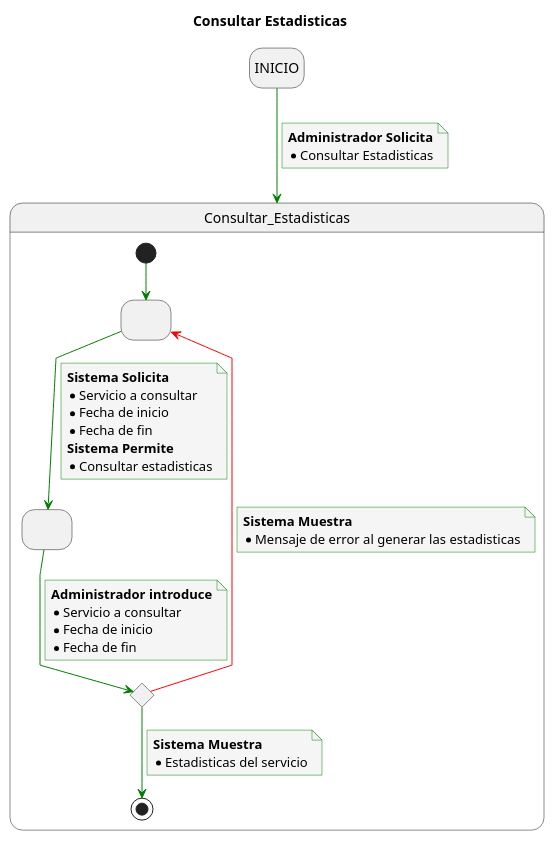
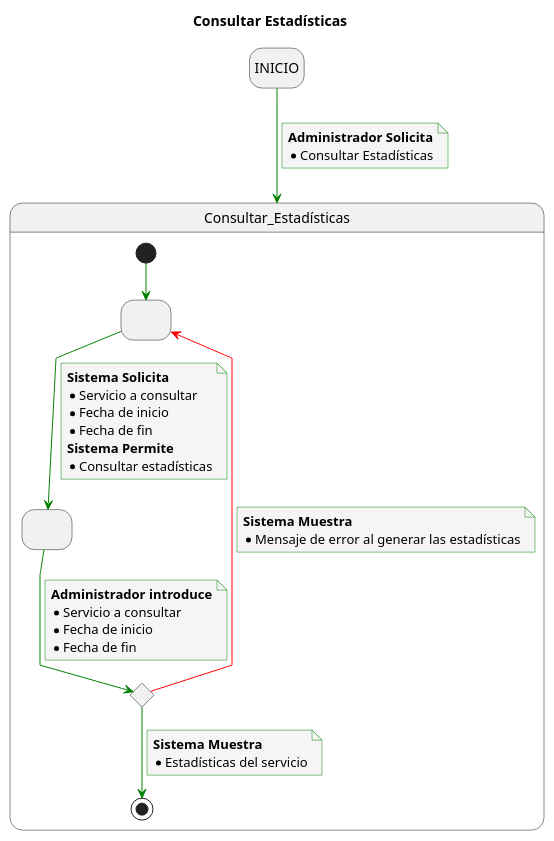
The diagram in Caso_de_Uso/Casos_de_Uso/Usuarios/Administrador/Consultar_Estadisticas/Estadisticas.puml (mmasias/23-24-IdSw1-SDR), drawn with PlantUML before and after one commit. The commit also changed 63 other files, not shown here.

```diff
--- a/Caso_de_Uso/Casos_de_Uso/Usuarios/Administrador/Consultar_Estadisticas/Estadisticas.puml
+++ b/Caso_de_Uso/Casos_de_Uso/Usuarios/Administrador/Consultar_Estadisticas/Estadisticas.puml
@@ -1,59 +1,59 @@
 @startuml
-title Consultar Estadisticas
+title Consultar Estadísticas
 
 skinparam {
     NoteBackgroundColor #whiteSmoke
     ArrowColor #green
     NoteBorderColor #green
     linetype polyline
 }
 
 hide empty description
 
 state startState as "INICIO"
 
-startState --> Consultar_Estadisticas
+startState --> Consultar_Estadísticas
 note on link
     <b>Administrador Solicita</b>
-    * Consultar Estadisticas
+    * Consultar Estadísticas
 end note
 
-state Consultar_Estadisticas{
+state Consultar_Estadísticas{
 state 2 as " "
 state 3 as " "
 state 4 <<choice>>
 
 [*] -down-> 2
 
 2 -down-> 3
 note on link
 <b>Sistema Solicita</b>
 * Servicio a consultar
 * Fecha de inicio
 * Fecha de fin
 <b>Sistema Permite</b>
-* Consultar estadisticas
+* Consultar estadísticas
 end note
 
 3 -down-> 4
 note on link
 <b>Administrador introduce</b>
 * Servicio a consultar
 * Fecha de inicio
 * Fecha de fin
 end note
 
 4 -down-> [*]
 note on link
 <b>Sistema Muestra</b>
-* Estadisticas del servicio
+* Estadísticas del servicio
 end note
 
 4 -[#red]-> 2
 note on link
 <b>Sistema Muestra</b>
-* Mensaje de error al generar las estadisticas
+* Mensaje de error al generar las estadísticas
 end note
 
 }
 @enduml
```
